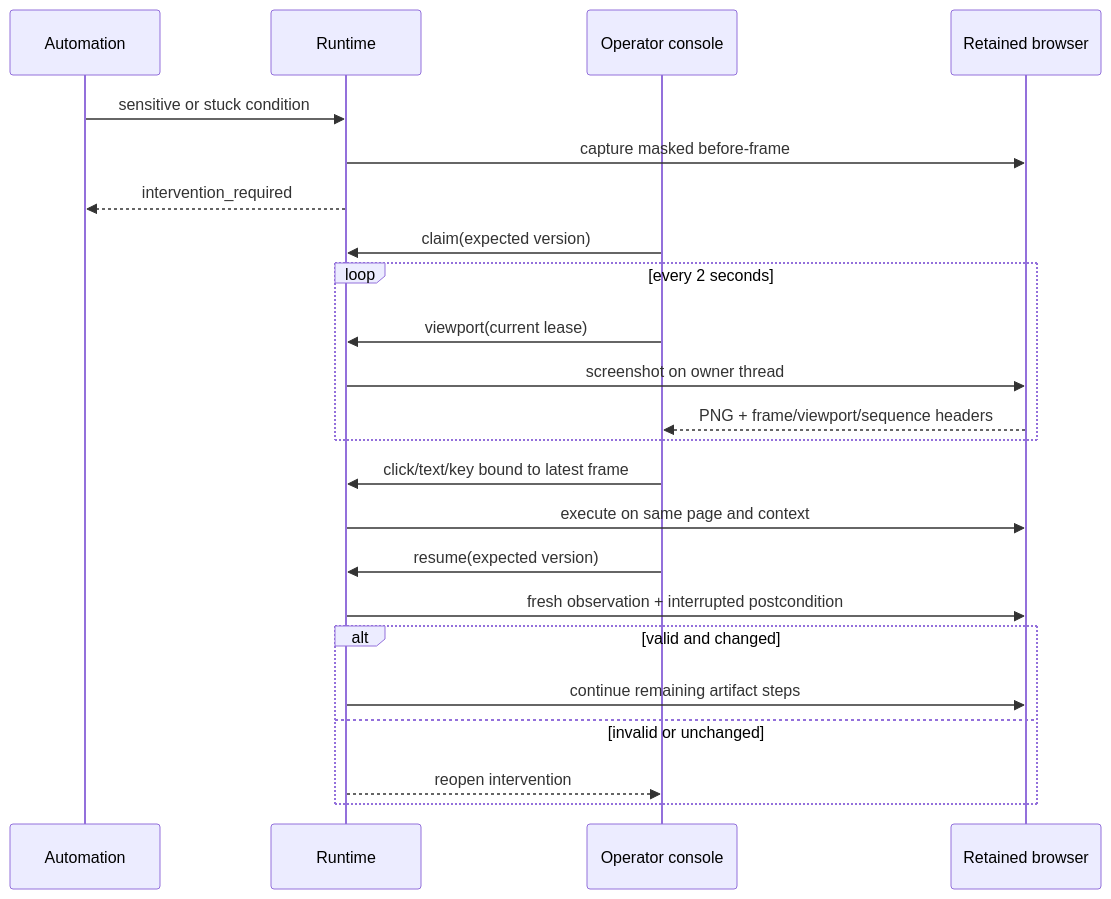
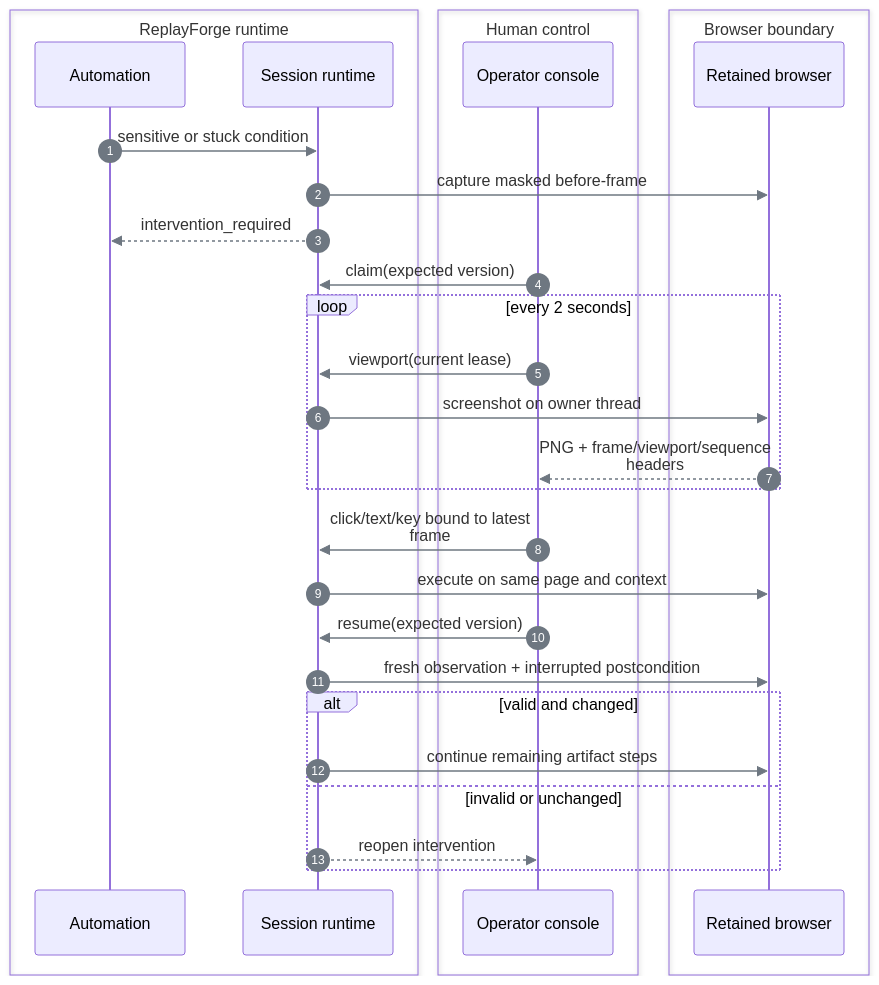
One commit to SivaTSS/replay-forge changed the third of 3 diagrams in docs/safety-and-handoff.md. Above: the diagram before and after it, drawn with Mermaid. The commit also changed other lines of this file and 7 other files, not shown here.

Commit message:
docs: standardize Mermaid diagrams

````diff
--- a/docs/safety-and-handoff.md
+++ b/docs/safety-and-handoff.md
@@ -64,25 +72,33 @@
 ```mermaid
+%%{init: {"htmlLabels":false,"themeVariables":{"lineColor":"#6E7781","signalColor":"#6E7781"},"flowchart":{"curve":"linear"},"sequence":{"wrap":true}}}%%
 sequenceDiagram
-    participant A as Automation
-    participant R as Runtime
-    participant O as Operator console
-    participant B as Retained browser
+    autonumber
+    box ReplayForge runtime
+        participant A as Automation
+        participant R as Session runtime
+    end
+    box Human control
+        participant O as Operator console
+    end
+    box Browser boundary
+        participant B as Retained browser
+    end
     A->>R: sensitive or stuck condition
     R->>B: capture masked before-frame
     R-->>A: intervention_required
     O->>R: claim(expected version)
     loop every 2 seconds
         O->>R: viewport(current lease)
         R->>B: screenshot on owner thread
         B-->>O: PNG + frame/viewport/sequence headers
     end
     O->>R: click/text/key bound to latest frame
     R->>B: execute on same page and context
     O->>R: resume(expected version)
     R->>B: fresh observation + interrupted postcondition
     alt valid and changed
         R->>B: continue remaining artifact steps
     else invalid or unchanged
         R-->>O: reopen intervention
     end
 ```
````
